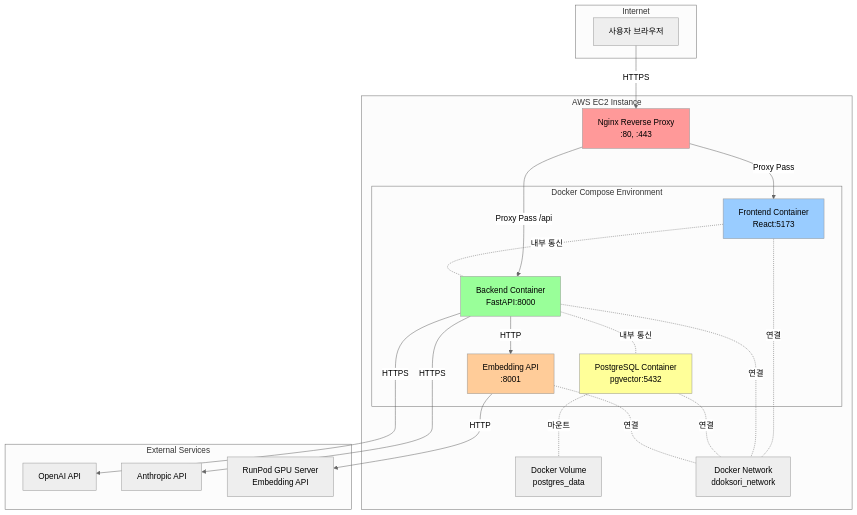
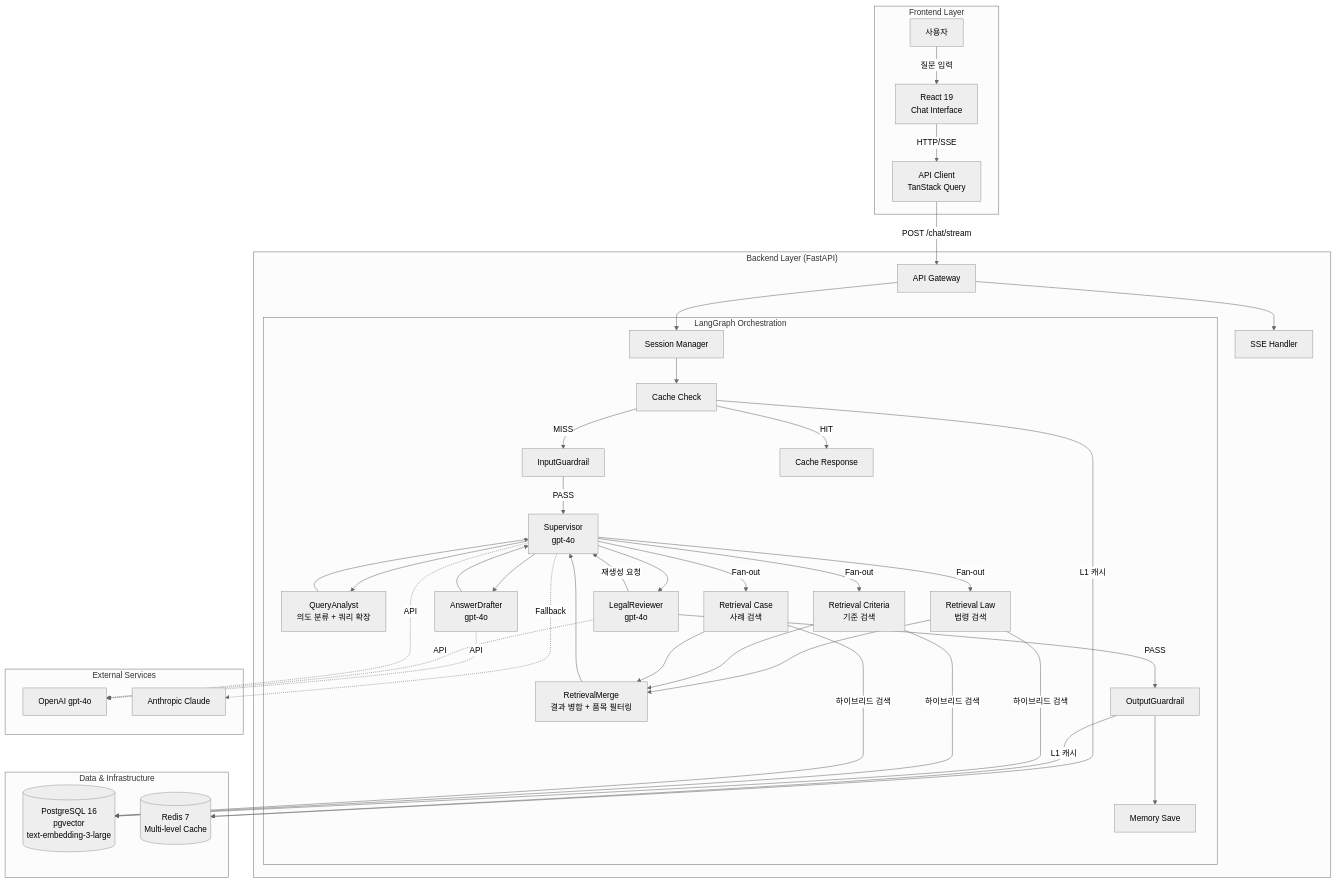
The third of 3 diagrams in README.md (SKNETWORKS-FAMILY-AICAMP/SKN19-FINAL-5Team), drawn with Mermaid (neutral theme) before and after one commit. The commit also changed other lines of this file and 847 other files, not shown here.

````diff
--- a/README.md
+++ b/README.md
@@ -279,50 +370,52 @@
 ```mermaid
 graph TB
-    subgraph "Internet"
-        A[사용자 브라우저]
+    subgraph "Frontend Layer"
+        U[사용자] -->|질문 입력| FE[React 19<br/>Chat Interface]
+        FE -->|HTTP/SSE| AC[API Client<br/>TanStack Query]
     end
-    
-    subgraph "AWS EC2 Instance"
-        B[Nginx Reverse Proxy<br/>:80, :443]
-        
-        subgraph "Docker Compose Environment"
-            C[Frontend Container<br/>React:5173]
-            D[Backend Container<br/>FastAPI:8000]
-            E[PostgreSQL Container<br/>pgvector:5432]
-            F[Embedding API<br/>:8001]
+
+    subgraph "Backend Layer (FastAPI)"
+        AC -->|POST /chat/stream| GW[API Gateway]
+        GW --> SM[Session Manager]
+        GW --> SSE[SSE Handler]
+
+        subgraph "LangGraph Orchestration"
+            SM --> CC[Cache Check]
+            CC -->|MISS| IG[InputGuardrail]
+            CC -->|HIT| CR[Cache Response]
+
+            IG -->|PASS| SUP[Supervisor<br/>gpt-4o]
+
+            SUP --> QA[QueryAnalyst<br/>의도 분류 + 쿼리 확장]
+            QA --> SUP
+
+            SUP -->|Fan-out| RL[Retrieval Law<br/>법령 검색]
+            SUP -->|Fan-out| RC[Retrieval Criteria<br/>기준 검색]
+            SUP -->|Fan-out| RCS[Retrieval Case<br/>사례 검색]
+
+            RL --> RM[RetrievalMerge<br/>결과 병합 + 품목 필터링]
+            RC --> RM
+            RCS --> RM
+            RM --> SUP
+
+            SUP --> AD[AnswerDrafter<br/>gpt-4o]
+            AD --> SUP
+
+            SUP --> LR[LegalReviewer<br/>gpt-4o]
+            LR -->|재생성 요청| SUP
+            LR -->|PASS| OG[OutputGuardrail]
+
+            OG --> MS[Memory Save]
         end
-        
-        G[Docker Volume<br/>postgres_data]
-        H[Docker Network<br/>ddoksori_network]
     end
-    
+
+    subgraph "Data & Infrastructure"
+        RL & RC & RCS -->|하이브리드 검색| DB[(PostgreSQL 16<br/>pgvector<br/>text-embedding-3-large)]
+        CC & OG -->|L1 캐시| RD[(Redis 7<br/>Multi-level Cache)]
+    end
+
     subgraph "External Services"
-        I[OpenAI API]
-        J[Anthropic API]
-        K[RunPod GPU Server<br/>Embedding API]
+        AD & LR & SUP -.->|API| OAI[OpenAI gpt-4o]
+        SUP -.->|Fallback| ANT[Anthropic Claude]
     end
-    
-    A -->|HTTPS| B
-    B -->|Proxy Pass| C
-    B -->|Proxy Pass /api| D
-    
-    C -.내부 통신.- D
-    D -.내부 통신.- E
-    D -->|HTTP| F
-    F -->|HTTP| K
-    
-    D -->|HTTPS| I
-    D -->|HTTPS| J
-    
-    E -.마운트.- G
-    C -.연결.- H
-    D -.연결.- H
-    E -.연결.- H
-    F -.연결.- H
-    
-    style B fill:#ff9999
-    style C fill:#99ccff
-    style D fill:#99ff99
-    style E fill:#ffff99
-    style F fill:#ffcc99
 ```
````
